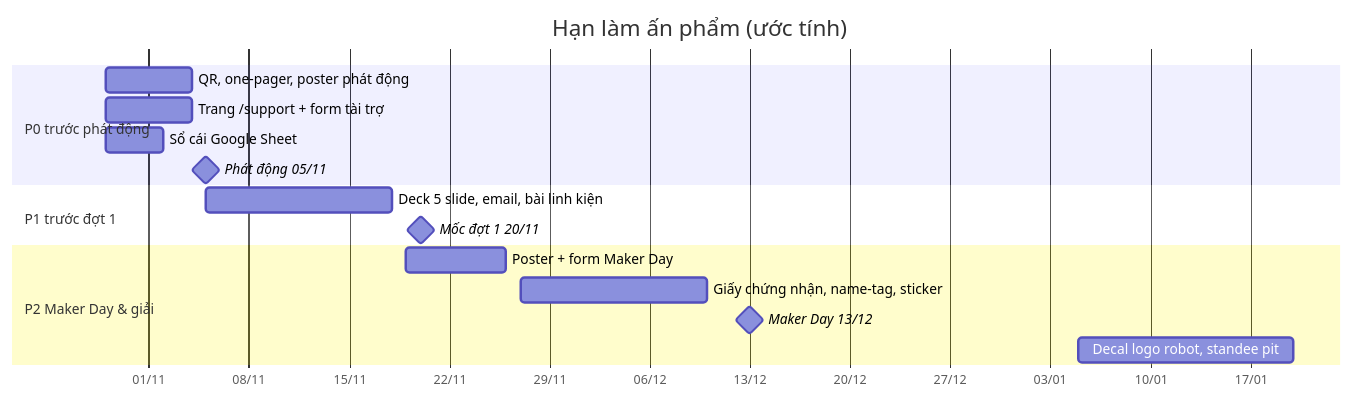
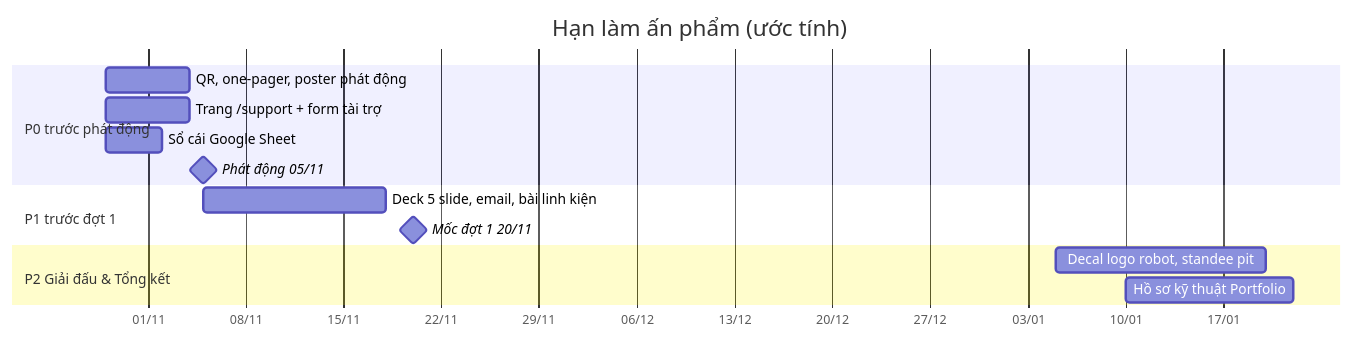
The diagram in docs/campaign-2026-2027/15-danh-sach-viec-can-lam.md (Minhmice/roboticssocson), drawn with Mermaid before and after one commit. The commit also changed other lines of this file and 367 other files, not shown here.

````diff
--- a/docs/campaign-2026-2027/15-danh-sach-viec-can-lam.md
+++ b/docs/campaign-2026-2027/15-danh-sach-viec-can-lam.md
@@ -5,19 +5,17 @@
 ```mermaid
 gantt
     title Hạn làm ấn phẩm (ước tính)
     dateFormat YYYY-MM-DD
     axisFormat %d/%m
     section P0 trước phát động
     QR, one-pager, poster phát động      :p0a, 2026-10-29, 2026-11-04
     Trang /support + form tài trợ        :p0b, 2026-10-29, 2026-11-04
     Sổ cái Google Sheet                  :p0c, 2026-10-29, 2026-11-02
     Phát động 05/11                      :milestone, m1, 2026-11-05, 0d
     section P1 trước đợt 1
     Deck 5 slide, email, bài linh kiện   :p1, 2026-11-05, 2026-11-18
     Mốc đợt 1 20/11                      :milestone, m2, 2026-11-20, 0d
-    section P2 Maker Day & giải
-    Poster + form Maker Day              :p2a, 2026-11-19, 2026-11-26
-    Giấy chứng nhận, name-tag, sticker   :p2b, 2026-11-27, 2026-12-10
-    Maker Day 13/12                      :milestone, m3, 2026-12-13, 0d
-    Decal logo robot, standee pit        :p2c, 2027-01-05, 2027-01-20
+    section P2 Giải đấu & Tổng kết
+    Decal logo robot, standee pit        :p2a, 2027-01-05, 2027-01-20
+    Hồ sơ kỹ thuật Portfolio            :p2b, 2027-01-10, 2027-01-22
 ```
````
